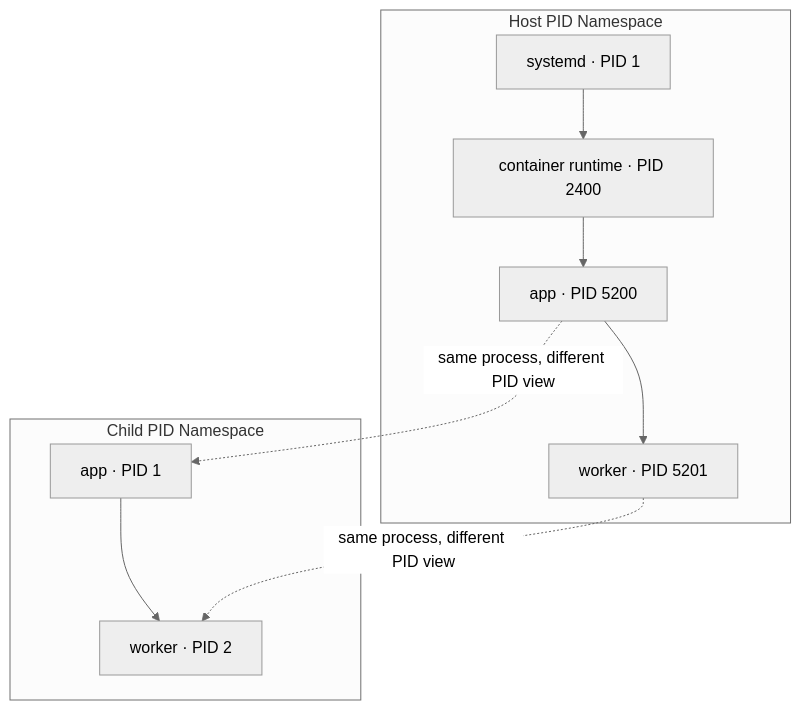
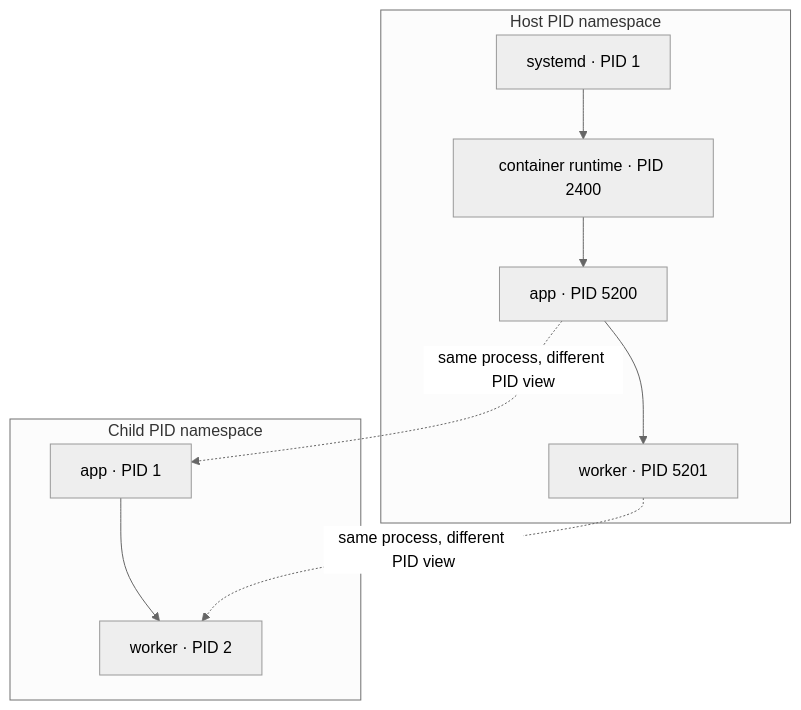
One commit to yul1ux/linux-containers-under-the-hood changed the second of 4 diagrams in docs/part-02-kernel-isolation/chapter-03-linux-namespaces.md. Above: the diagram before and after it, drawn with Mermaid (neutral theme). The commit also changed other lines of this file, not shown here.

````diff
--- a/docs/part-02-kernel-isolation/chapter-03-linux-namespaces.md
+++ b/docs/part-02-kernel-isolation/chapter-03-linux-namespaces.md
@@ -93,17 +103,17 @@
 ```mermaid
 flowchart TB
-    subgraph HOST[Host PID Namespace]
+    subgraph HOST[Host PID namespace]
       H1[systemd · PID 1]
       H2[container runtime · PID 2400]
       H3[app · PID 5200]
       H4[worker · PID 5201]
       H1 --> H2 --> H3 --> H4
     end
-    subgraph CHILD[Child PID Namespace]
+    subgraph CHILD[Child PID namespace]
       C1[app · PID 1]
       C2[worker · PID 2]
       C1 --> C2
     end
     H3 -. same process, different PID view .-> C1
     H4 -. same process, different PID view .-> C2
 ```
````
